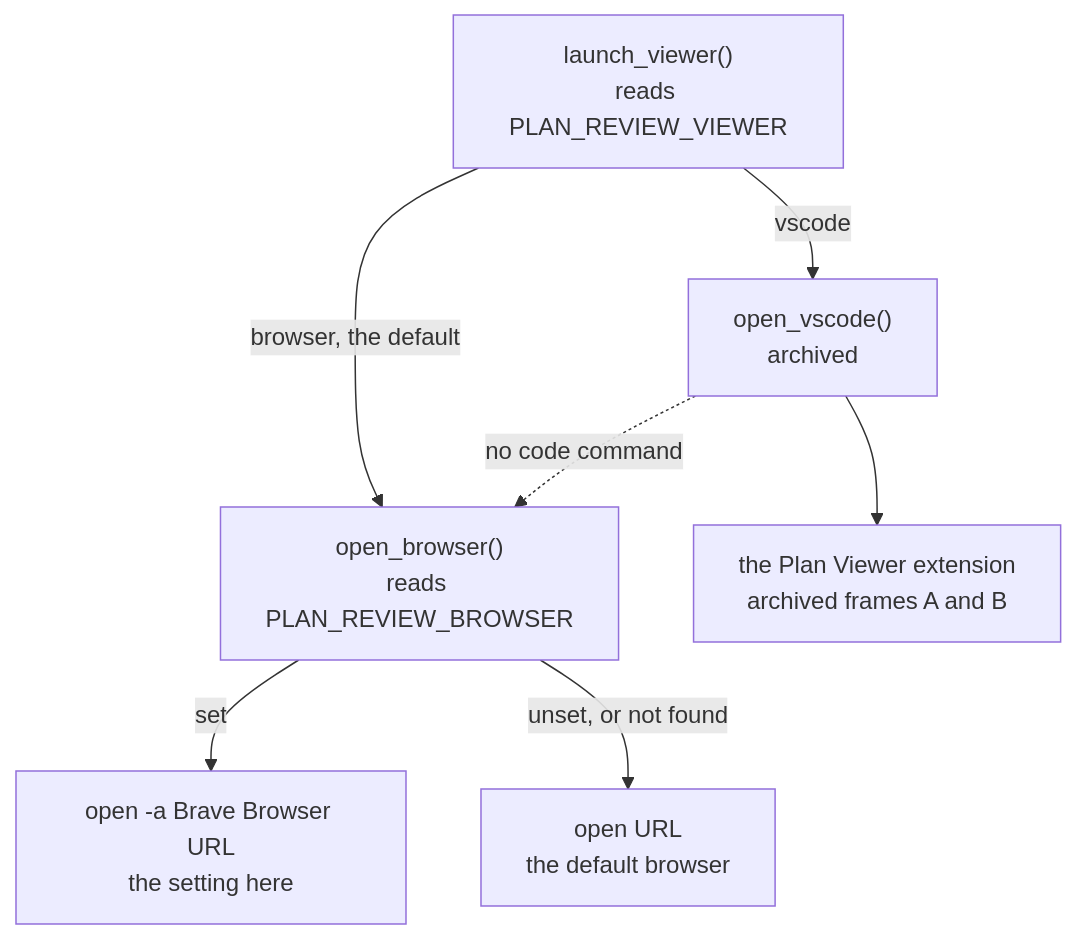
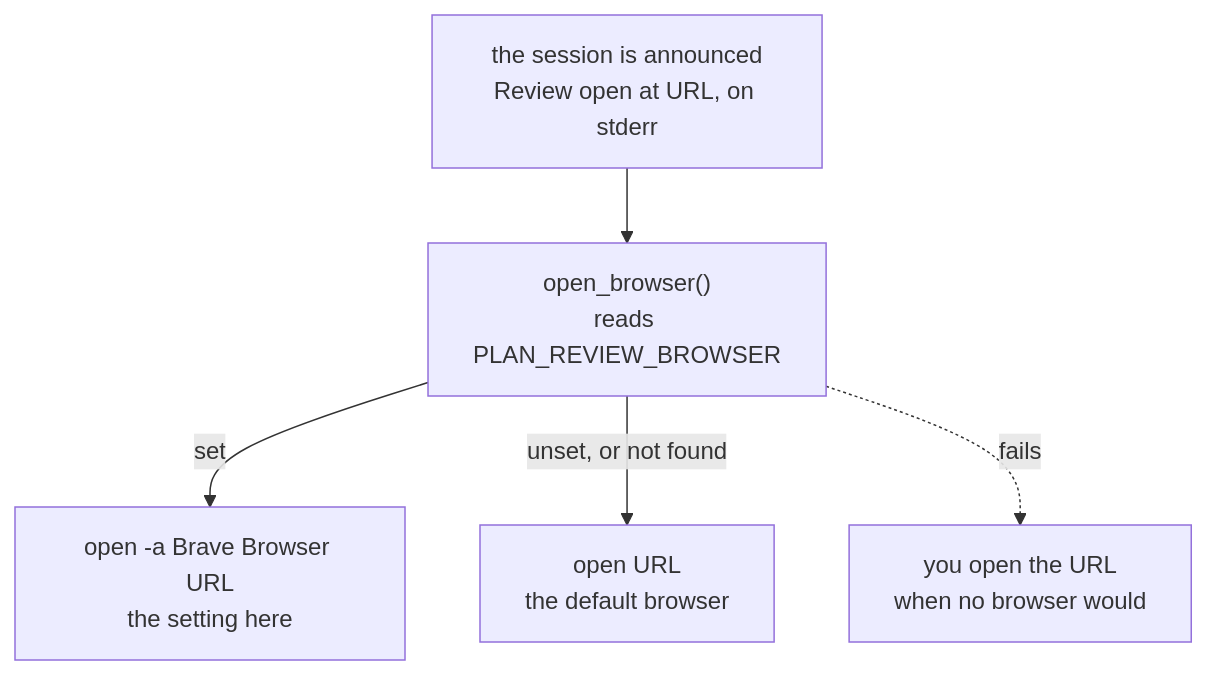
The fourth of 9 diagrams in ARCHITECTURE.md (shyamalaravind/graphify-review), drawn with Mermaid before and after one commit. The commit also changed other lines of this file and 11 other files, not shown here.

First line of the commit message:
Archive the VS Code viewer: graphify-review opens in the browser only

````diff
--- a/ARCHITECTURE.md
+++ b/ARCHITECTURE.md
@@ -138,15 +138,12 @@
 ```mermaid
 flowchart TD
-  LV["launch_viewer()<br/>reads PLAN_REVIEW_VIEWER"]
+  ANN["the session is announced<br/>Review open at URL, on stderr"]
   OB["open_browser()<br/>reads PLAN_REVIEW_BROWSER"]
-  OV["open_vscode()<br/>archived"]
   BRAVE["open -a Brave Browser URL<br/>the setting here"]
   DEF["open URL<br/>the default browser"]
-  EXT["the Plan Viewer extension<br/>archived frames A and B"]
-  LV -->|"browser, the default"| OB
-  LV -->|"vscode"| OV
-  OV -.->|"no code command"| OB
+  HAND["you open the URL<br/>when no browser would"]
+  ANN --> OB
   OB -->|"set"| BRAVE
   OB -->|"unset, or not found"| DEF
-  OV --> EXT
+  OB -.->|"fails"| HAND
 ```
````
